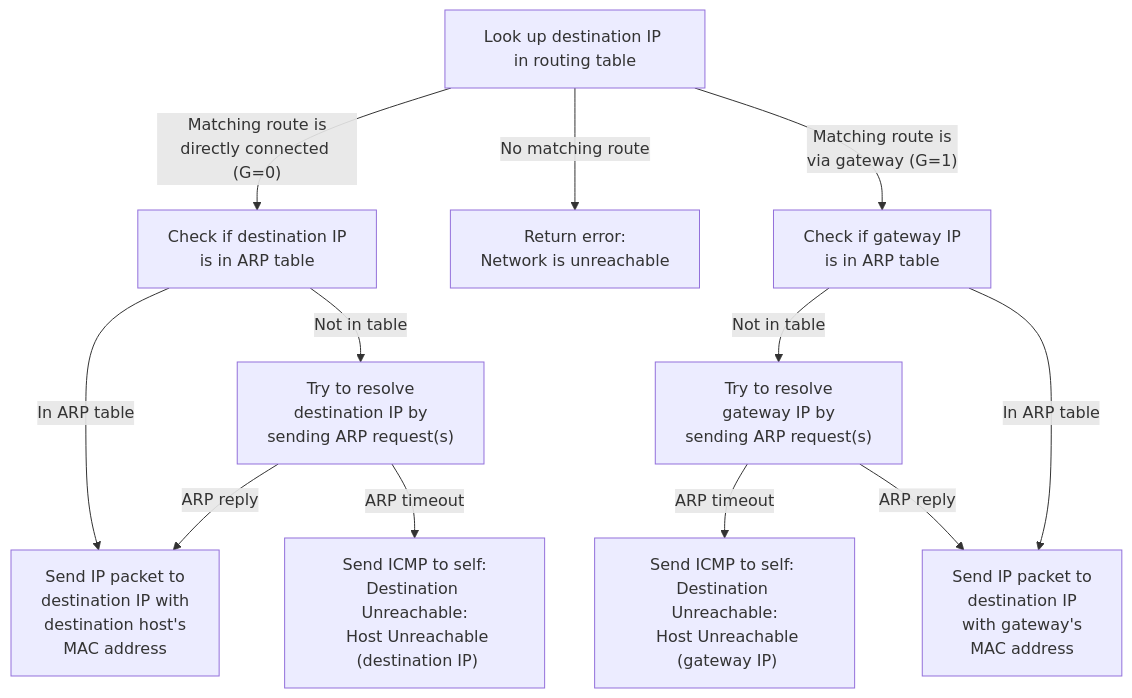
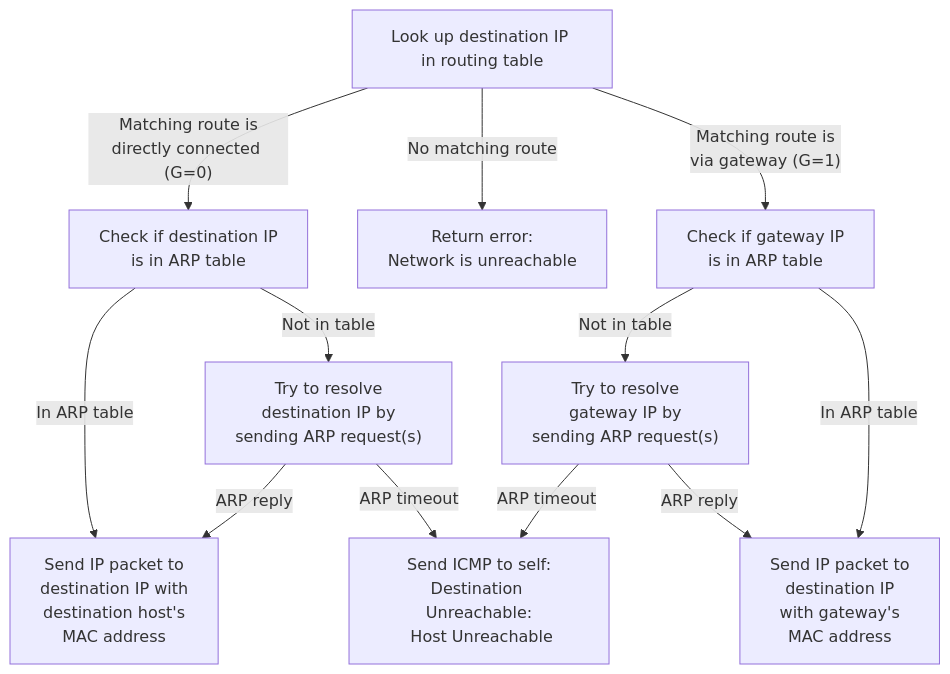
The diagram in lab3/3-arp-route-diagram.md (ffund/tcp-ip-essentials), drawn with Mermaid before and after one commit.

Commit message:
Updates to routing diagram

````diff
--- a/lab3/3-arp-route-diagram.md
+++ b/lab3/3-arp-route-diagram.md
@@ -3,16 +3,16 @@
 ```mermaid
 graph TD
     classDef hi fill:#f9f;
     A["Look up destination IP in routing table"] 
     A -->|"Matching route is<br/>directly connected (G=0)"| B["Check if destination IP<br/> is in ARP table"]
     A -->|"No matching route"| D["Return error:<br/> Network is unreachable"]
     A -->|"Matching route is<br/>via gateway (G=1)"| C["Check if gateway IP<br/> is in ARP table"]
     B -->|"In ARP table"| F["Send IP packet to <br/>destination IP with<br/> destination host's<br/> MAC address"]
     B -->|"Not in table"| E["Try to resolve<br/> destination IP by<br/> sending ARP request(s)"]
     E -->|"ARP reply"|F
-    E -->|"ARP timeout"|I["Send ICMP to self:<br/>Destination Unreachable:<br/> Host Unreachable<br/> (destination IP)"]
+    E -->|"ARP timeout"|I["Send ICMP to self:<br/>Destination Unreachable:<br/> Host Unreachable"]
     C -->|"Not in table"| G["Try to resolve<br/> gateway IP by<br/> sending ARP request(s)"]
-    G -->|"ARP timeout"|J["Send ICMP to self: <br/>Destination Unreachable:<br/> Host Unreachable<br/> (gateway IP)"]
+    G -->|"ARP timeout"|I
     G -->|"ARP reply"|H["Send IP packet to <br/>destination IP<br/> with gateway's<br/> MAC address"]
     C -->|"In ARP table"| H
 ```
````
